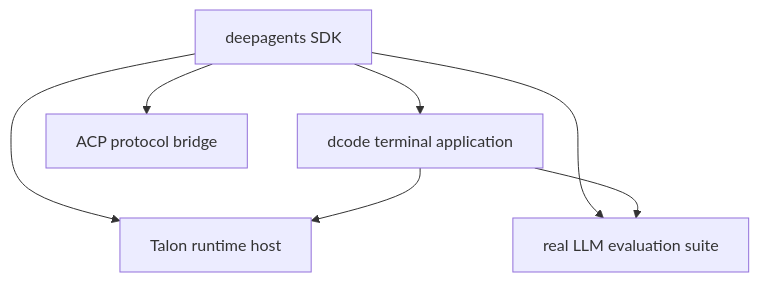
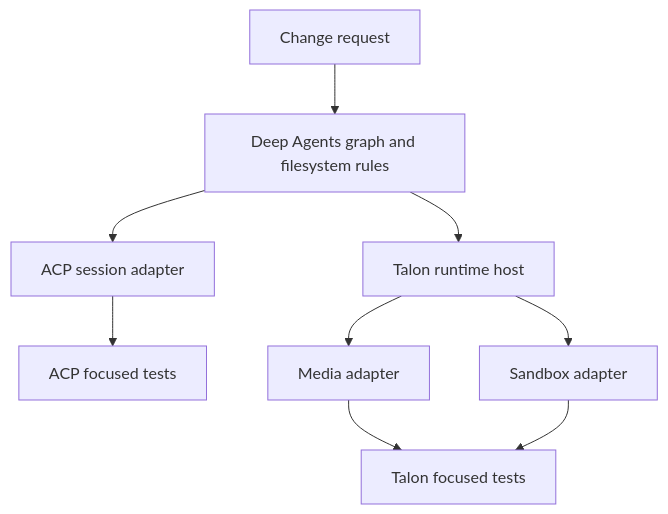
One commit to langchain-ai/deepagents changed the first of 4 diagrams in openwiki/architecture/source-map.md. Above: the diagram before and after it, drawn with Mermaid. The commit also changed other lines of this file and 44 other files, not shown here.

````diff
--- a/openwiki/architecture/source-map.md
+++ b/openwiki/architecture/source-map.md
@@ -66,9 +56,11 @@
 ```mermaid
 flowchart TD
-  SDK["deepagents SDK"] --> Code["dcode terminal application"]
-  SDK --> ACP["ACP protocol bridge"]
+  Input["Change request"] --> SDK["Deep Agents graph and filesystem rules"]
+  SDK --> ACP["ACP session adapter"]
   SDK --> Talon["Talon runtime host"]
-  Code --> Talon
-  SDK --> Evals["real LLM evaluation suite"]
-  Code --> Evals
+  ACP --> ACPTests["ACP focused tests"]
+  Talon --> Media["Media adapter"]
+  Talon --> Sandbox["Sandbox adapter"]
+  Media --> TalonTests["Talon focused tests"]
+  Sandbox --> TalonTests
 ```
````
